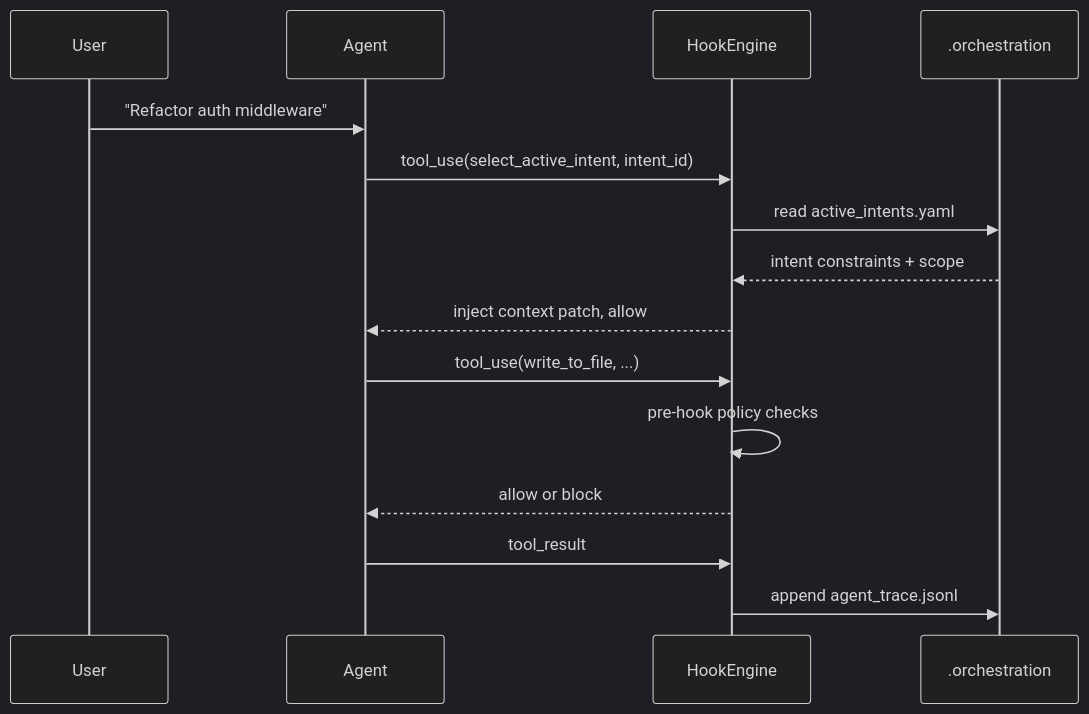
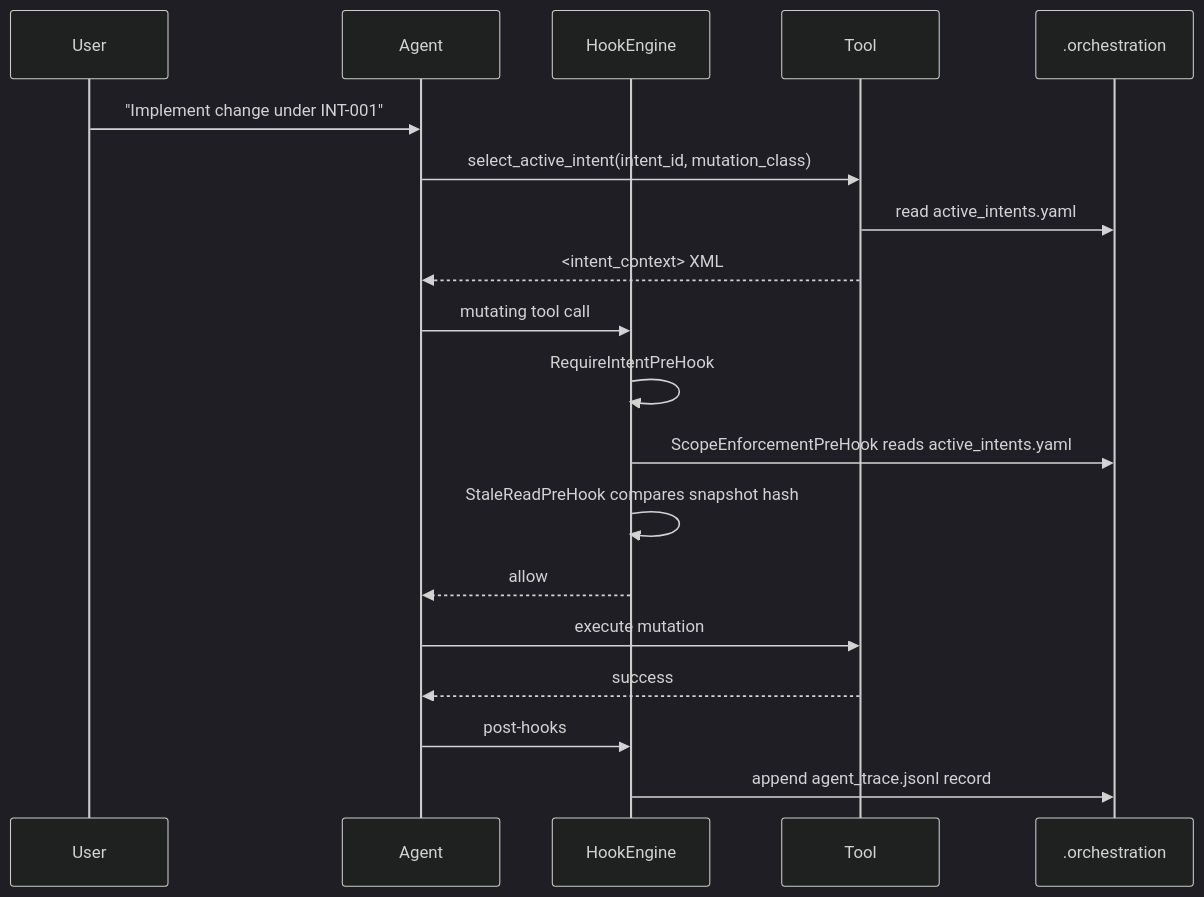
The first of 4 diagrams in INTERIM_REPORT.md (gufite/Roo-Code), drawn with Mermaid (dark theme) before and after one commit. The commit also changed other lines of this file, not shown here.

````diff
--- a/INTERIM_REPORT.md
+++ b/INTERIM_REPORT.md
@@ -203,18 +143,22 @@
 ```mermaid
 sequenceDiagram
-    participant User
-    participant Agent
-    participant HookEngine
-    participant Sidecar as .orchestration
+  participant U as User
+  participant A as Agent
+  participant H as HookEngine
+  participant T as Tool
+  participant O as .orchestration
 
-    User->>Agent: "Refactor auth middleware"
-    Agent->>HookEngine: tool_use(select_active_intent, intent_id)
-    HookEngine->>Sidecar: read active_intents.yaml
-    Sidecar-->>HookEngine: intent constraints + scope
-    HookEngine-->>Agent: inject context patch, allow
-    Agent->>HookEngine: tool_use(write_to_file, ...)
-    HookEngine->>HookEngine: pre-hook policy checks
-    HookEngine-->>Agent: allow or block
-    Agent->>HookEngine: tool_result
-    HookEngine->>Sidecar: append agent_trace.jsonl
+  U->>A: "Implement change under INT-001"
+  A->>T: select_active_intent(intent_id, mutation_class)
+  T->>O: read active_intents.yaml
+  T-->>A: <intent_context> XML
+  A->>H: mutating tool call
+  H->>H: RequireIntentPreHook
+  H->>O: ScopeEnforcementPreHook reads active_intents.yaml
+  H->>H: StaleReadPreHook compares snapshot hash
+  H-->>A: allow
+  A->>T: execute mutation
+  T-->>A: success
+  A->>H: post-hooks
+  H->>O: append agent_trace.jsonl record
 ```
````
